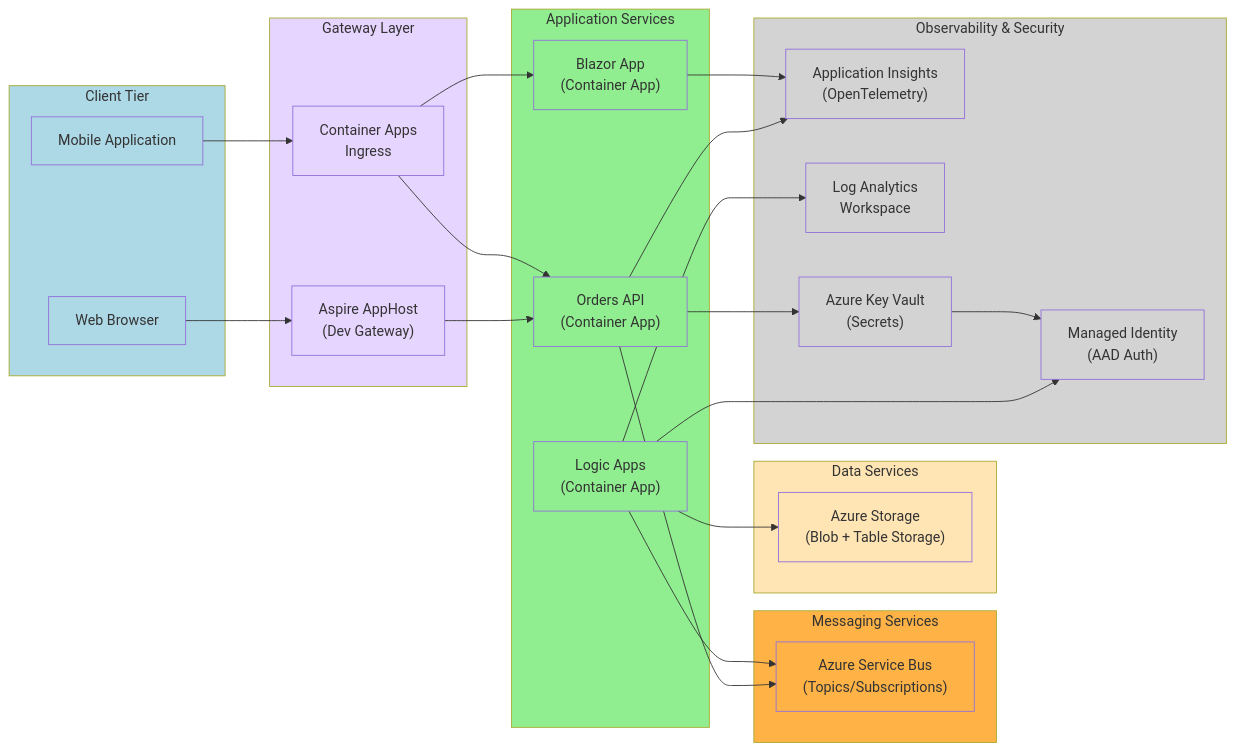
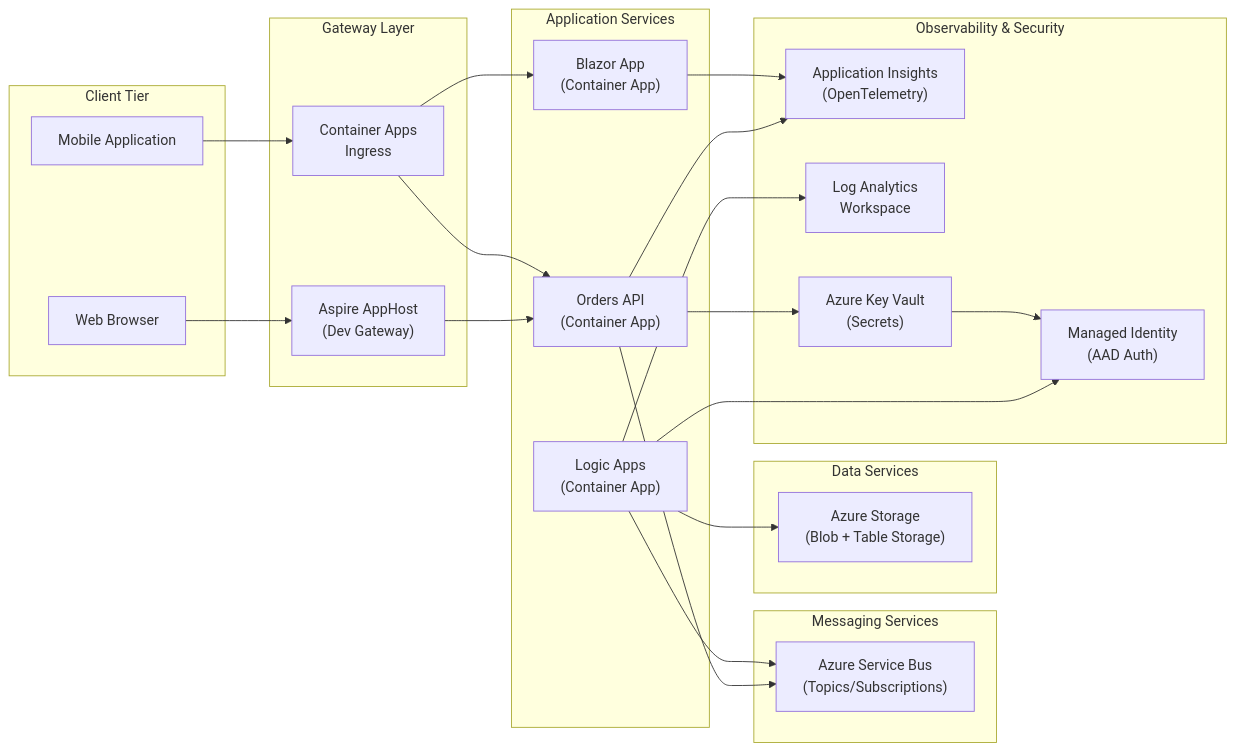
One commit to Evilazaro/Azure-LogicApps-Monitoring changed the ninth of 12 diagrams in README.md. Above: the diagram before and after it, drawn with Mermaid. The commit also changed other lines of this file, not shown here.

Commit message:
refactor: remove redundant style definitions from flowcharts in README.md

````diff
--- a/README.md
+++ b/README.md
@@ -668,72 +548,52 @@
 ```mermaid
 flowchart LR
     subgraph Clients["Client Tier"]
         Browser["Web Browser"]
         MobileApp["Mobile Application"]
     end
     
     subgraph Gateway["Gateway Layer"]
         AspireHost["Aspire AppHost<br/>(Dev Gateway)"]
         ContainerAppsIngress["Container Apps<br/>Ingress"]
     end
     
     subgraph ApplicationServices["Application Services"]
         OrdersAPIContainer["Orders API<br/>(Container App)"]
         BlazorAppContainer["Blazor App<br/>(Container App)"]
         LogicAppsContainer["Logic Apps<br/>(Container App)"]
     end
     
     subgraph MessagingServices["Messaging Services"]
         ServiceBus["Azure Service Bus<br/>(Topics/Subscriptions)"]
     end
     
     subgraph DataServices["Data Services"]
         StorageAccount["Azure Storage<br/>(Blob + Table Storage)"]
     end
     
     subgraph ObservabilityServices["Observability & Security"]
         AppInsights["Application Insights<br/>(OpenTelemetry)"]
         LogAnalytics["Log Analytics<br/>Workspace"]
         KeyVault["Azure Key Vault<br/>(Secrets)"]
         ManagedIdentity["Managed Identity<br/>(AAD Auth)"]
     end
     
     Browser --> AspireHost
     MobileApp --> ContainerAppsIngress
     AspireHost --> OrdersAPIContainer
     ContainerAppsIngress --> OrdersAPIContainer
     ContainerAppsIngress --> BlazorAppContainer
     
     OrdersAPIContainer --> ServiceBus
     LogicAppsContainer --> ServiceBus
     
     LogicAppsContainer --> StorageAccount
     
     OrdersAPIContainer --> AppInsights
     BlazorAppContainer --> AppInsights
     LogicAppsContainer --> LogAnalytics
     
     OrdersAPIContainer --> KeyVault
     LogicAppsContainer --> ManagedIdentity
     KeyVault --> ManagedIdentity
-    
-    style Clients fill:#ADD8E6
-    style Gateway fill:#E6D5FF
-    style ApplicationServices fill:#90EE90
-    style MessagingServices fill:#FFB347
-    style DataServices fill:#FFE5B4
-    style ObservabilityServices fill:#D3D3D3
-    style Browser fill:#ADD8E6
-    style MobileApp fill:#ADD8E6
-    style AspireHost fill:#E6D5FF
-    style ContainerAppsIngress fill:#E6D5FF
-    style OrdersAPIContainer fill:#90EE90
-    style BlazorAppContainer fill:#90EE90
-    style LogicAppsContainer fill:#90EE90
-    style ServiceBus fill:#FFB347
-    style StorageAccount fill:#FFE5B4
-    style AppInsights fill:#D3D3D3
-    style LogAnalytics fill:#D3D3D3
-    style KeyVault fill:#D3D3D3
-    style ManagedIdentity fill:#D3D3D3
 ```
````
